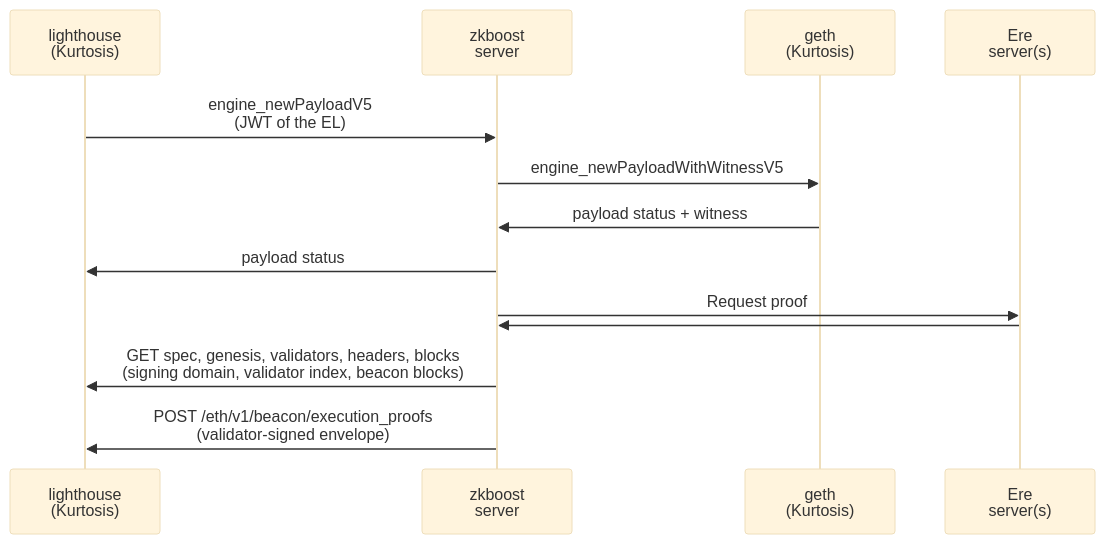
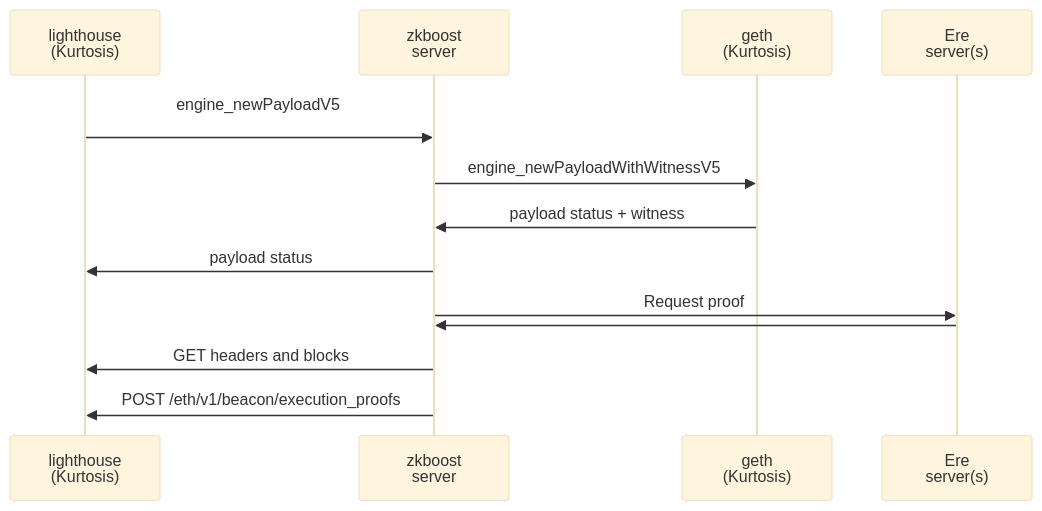
Before and after one commit to eth-act/zkboost: the diagram in docker/example/testnet/README.md, drawn with Mermaid (base theme). The commit also changed other lines of this file and 16 other files, not shown here.

````diff
--- a/docker/example/testnet/README.md
+++ b/docker/example/testnet/README.md
@@ -5,15 +7,15 @@
 ```mermaid
 sequenceDiagram
     participant CL as lighthouse <br> (Kurtosis)
     participant zkboost as zkboost <br> server
     participant EL as geth <br> (Kurtosis)
     participant Ere as Ere <br> server(s)
-    CL->>zkboost: engine_newPayloadV5 <br> (JWT of the EL)
+    CL->>zkboost: engine_newPayloadV5 <br>
     zkboost->>EL: engine_newPayloadWithWitnessV5
     EL->>zkboost: payload status + witness
     zkboost->>CL: payload status
     zkboost->>Ere: Request proof
     Ere->>zkboost:
-    zkboost->>CL: GET spec, genesis, validators, headers, blocks <br> (signing domain, validator index, beacon blocks)
-    zkboost->>CL: POST /eth/v1/beacon/execution_proofs <br> (validator-signed envelope)
+    zkboost->>CL: GET headers and blocks
+    zkboost->>CL: POST /eth/v1/beacon/execution_proofs
 ```
````
